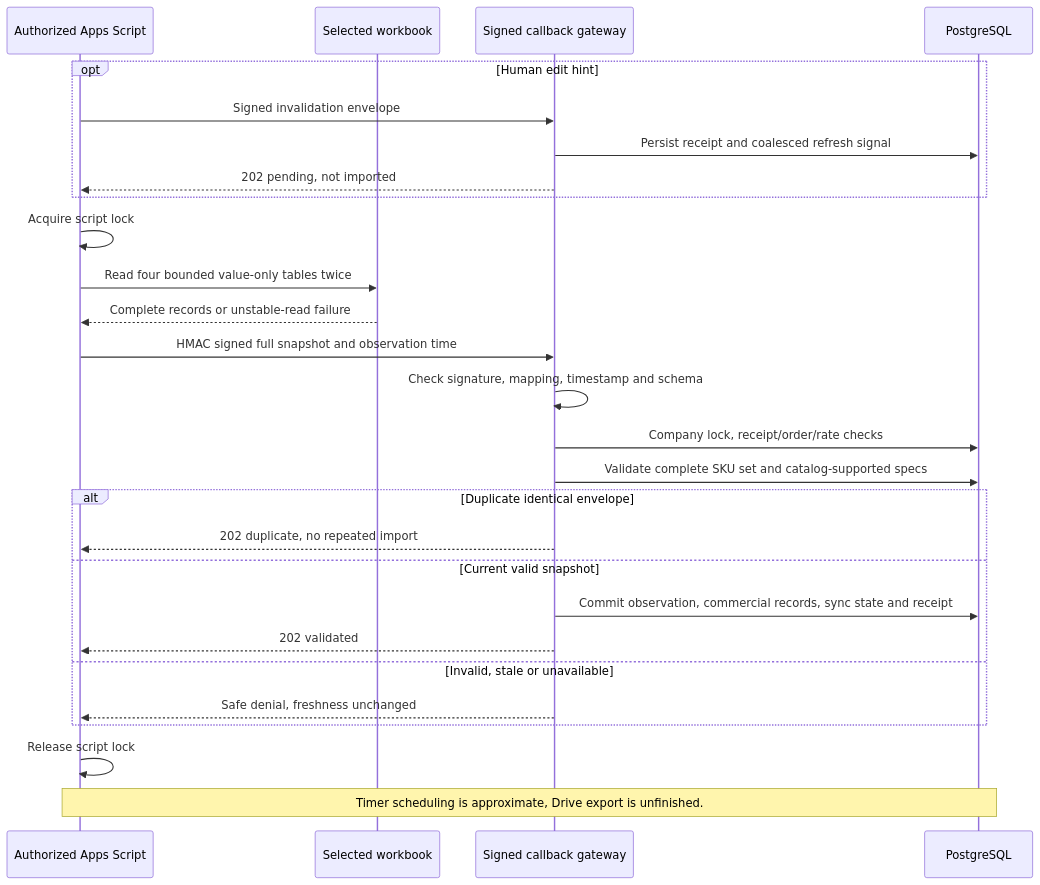
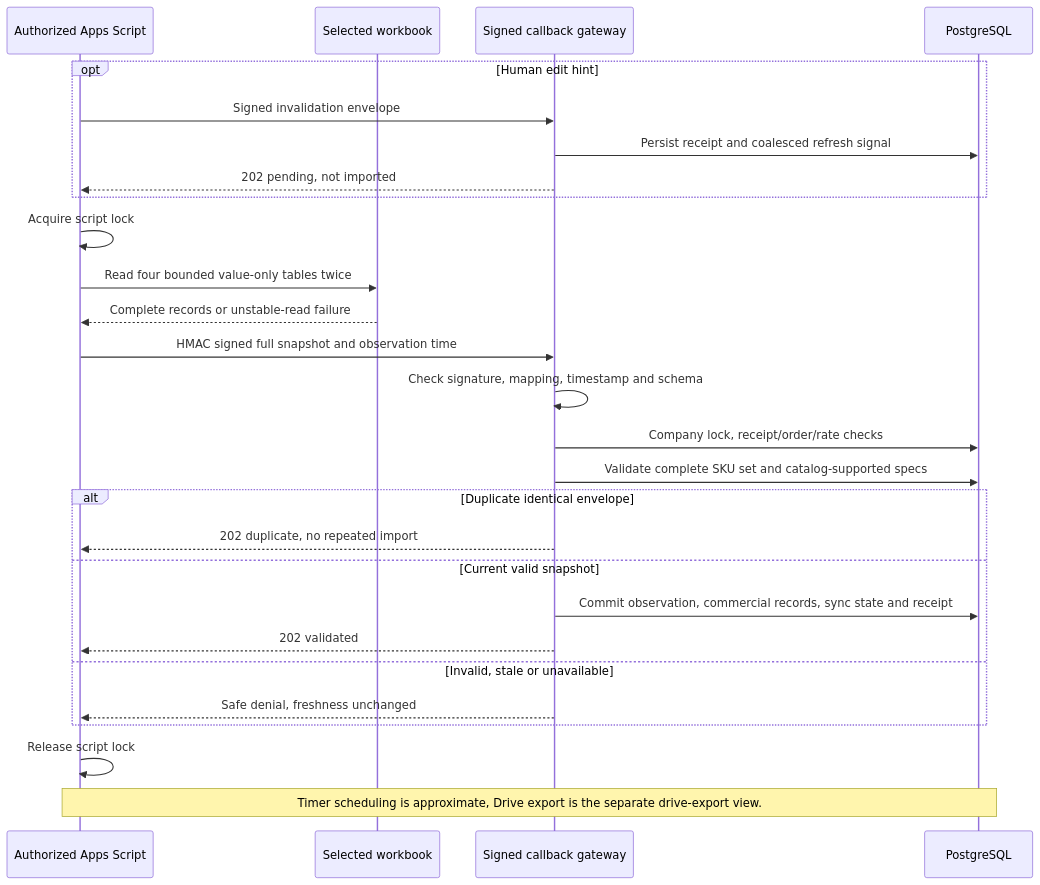
Before and after one commit to Nagdy8888/lumaquote: the diagram in docs/diagrams/google-snapshot.mmd, drawn with Mermaid. The commit also changed 120 other files, not shown here.

First line of the commit message:
feat: add evaluation set and media, Drive export, WhatsApp adapter, retention and restore drill

```diff
--- a/docs/diagrams/google-snapshot.mmd
+++ b/docs/diagrams/google-snapshot.mmd
@@ -1,29 +1,29 @@
 sequenceDiagram
   accTitle: Signed GAS full snapshot and atomic backend observation
   accDescr: Apps Script reads bounded tables under its script lock and verifies a stable double read. The gateway authenticates exact bytes and validates mapping, replay, complete records and catalog support before one database commit. Rejected snapshots never refresh freshness.
   participant GAS as Authorized Apps Script
   participant Sheet as Selected workbook
   participant API as Signed callback gateway
   participant DB as PostgreSQL
   opt Human edit hint
     GAS->>API: Signed invalidation envelope
     API->>DB: Persist receipt and coalesced refresh signal
     API-->>GAS: 202 pending, not imported
   end
   GAS->>GAS: Acquire script lock
   GAS->>Sheet: Read four bounded value-only tables twice
   Sheet-->>GAS: Complete records or unstable-read failure
   GAS->>API: HMAC signed full snapshot and observation time
   API->>API: Check signature, mapping, timestamp and schema
   API->>DB: Company lock, receipt/order/rate checks
   API->>DB: Validate complete SKU set and catalog-supported specs
   alt Duplicate identical envelope
     API-->>GAS: 202 duplicate, no repeated import
   else Current valid snapshot
     API->>DB: Commit observation, commercial records, sync state and receipt
     API-->>GAS: 202 validated
   else Invalid, stale or unavailable
     API-->>GAS: Safe denial, freshness unchanged
   end
   GAS->>GAS: Release script lock
-  Note over GAS,DB: Timer scheduling is approximate, Drive export is unfinished.
+  Note over GAS,DB: Timer scheduling is approximate, Drive export is the separate drive-export view.
```
